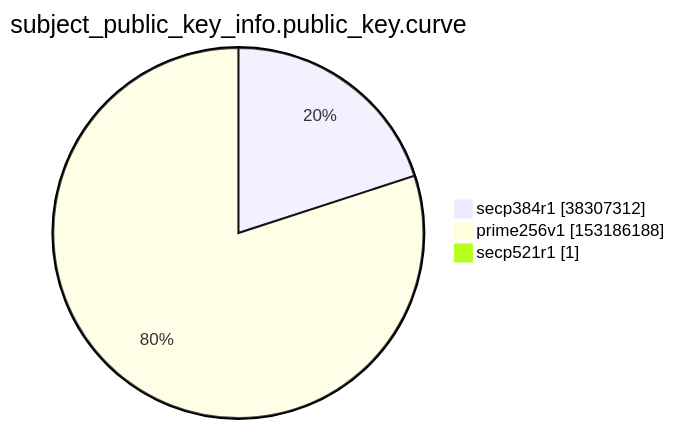
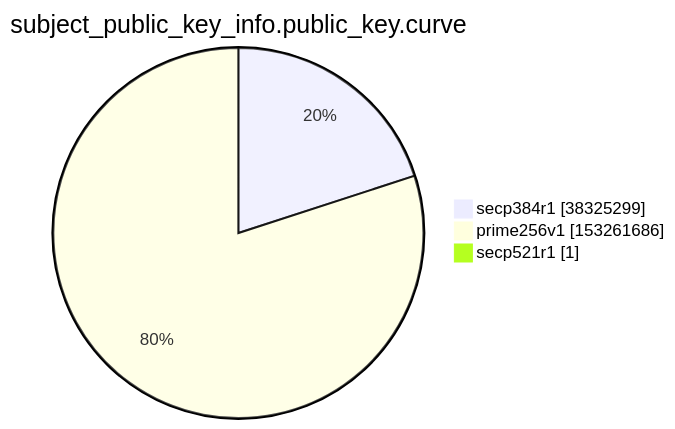
One commit to christiankrug/ctmonitor_visualization changed the ninth of 15 diagrams in xenon2022/README.md. Above: the diagram before and after it, drawn with Mermaid. The commit also changed other lines of this file, not shown here.

````diff
--- a/xenon2022/README.md
+++ b/xenon2022/README.md
@@ -2861,7 +2861,7 @@
 ```mermaid
 pie showData
 title subject_public_key_info.public_key.curve
-"secp384r1" :38307312
-"prime256v1" :153186188
+"secp384r1" :38325299
+"prime256v1" :153261686
 "secp521r1" :1
 ```
````
